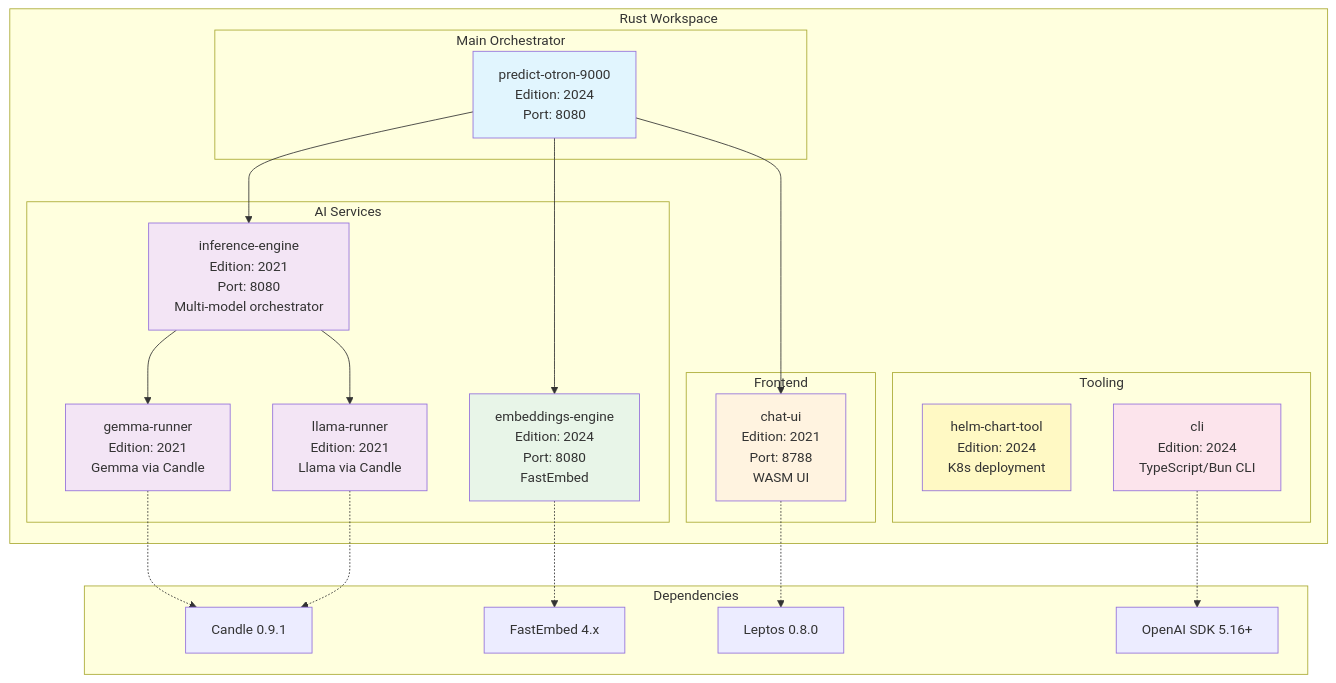
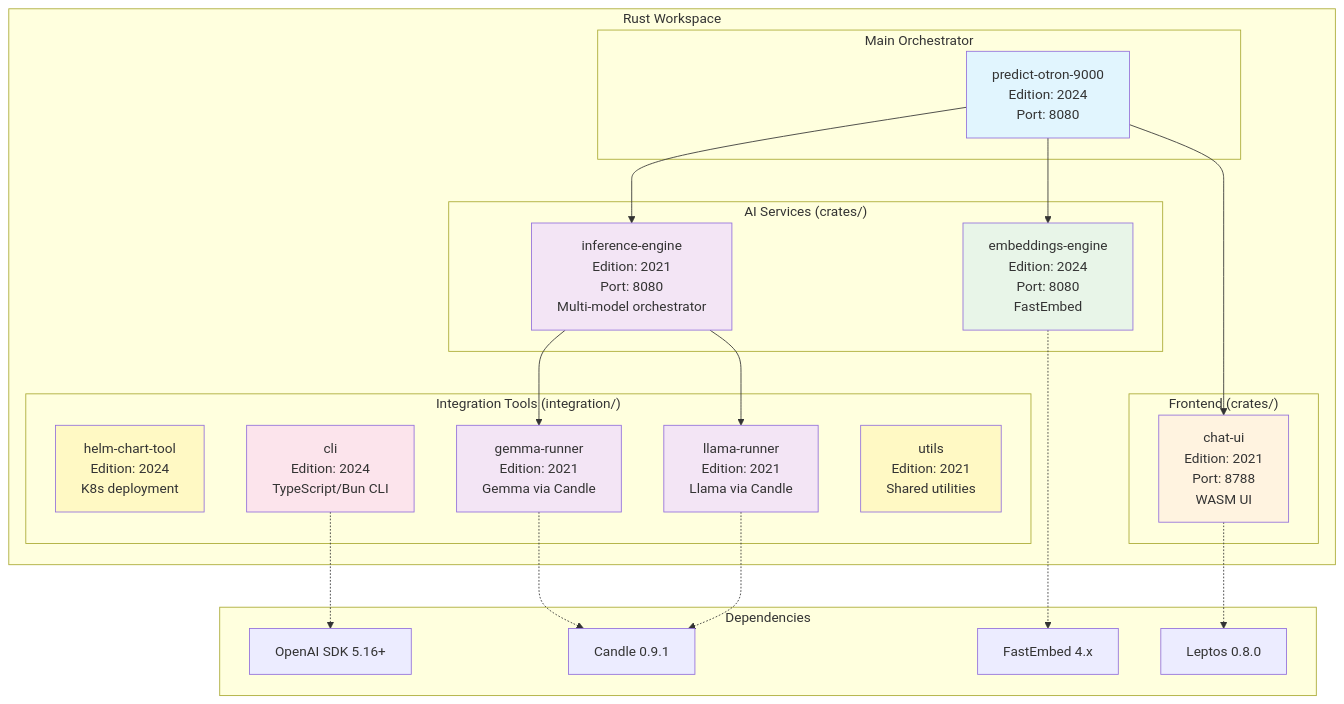
Before and after one commit to geoffsee/predict-otron-9001: the second of 11 diagrams in docs/ARCHITECTURE.md, drawn with Mermaid. The commit also changed 42 other files, not shown here.

````diff
--- a/docs/ARCHITECTURE.md
+++ b/docs/ARCHITECTURE.md
@@ -57,46 +57,49 @@
 ```mermaid
 graph TD
     subgraph "Rust Workspace"
         subgraph "Main Orchestrator"
             A[predict-otron-9000<br/>Edition: 2024<br/>Port: 8080]
         end
         
-        subgraph "AI Services"
+        subgraph "AI Services (crates/)"
             B[inference-engine<br/>Edition: 2021<br/>Port: 8080<br/>Multi-model orchestrator]
-            J[gemma-runner<br/>Edition: 2021<br/>Gemma via Candle]
-            K[llama-runner<br/>Edition: 2021<br/>Llama via Candle]
             C[embeddings-engine<br/>Edition: 2024<br/>Port: 8080<br/>FastEmbed]
         end
         
-        subgraph "Frontend"
+        subgraph "Frontend (crates/)"
             D[chat-ui<br/>Edition: 2021<br/>Port: 8788<br/>WASM UI]
         end
         
-        subgraph "Tooling"
+        
+        subgraph "Integration Tools (integration/)"
             L[helm-chart-tool<br/>Edition: 2024<br/>K8s deployment]
             E[cli<br/>Edition: 2024<br/>TypeScript/Bun CLI]
+            M[gemma-runner<br/>Edition: 2021<br/>Gemma via Candle]
+            N[llama-runner<br/>Edition: 2021<br/>Llama via Candle]
+            O[utils<br/>Edition: 2021<br/>Shared utilities]
         end
     end
     
     subgraph "Dependencies"
         A --> B
         A --> C
         A --> D
-        B --> J
-        B --> K
-        J -.-> F[Candle 0.9.1]
-        K -.-> F
+        B --> M
+        B --> N
+        M -.-> F[Candle 0.9.1]
+        N -.-> F
         C -.-> G[FastEmbed 4.x]
         D -.-> H[Leptos 0.8.0]
         E -.-> I[OpenAI SDK 5.16+]
     end
     
     style A fill:#e1f5fe
     style B fill:#f3e5f5
-    style J fill:#f3e5f5
-    style K fill:#f3e5f5
     style C fill:#e8f5e8
     style D fill:#fff3e0
     style E fill:#fce4ec
     style L fill:#fff9c4
+    style M fill:#f3e5f5
+    style N fill:#f3e5f5
+    style O fill:#fff9c4
 ```
````
